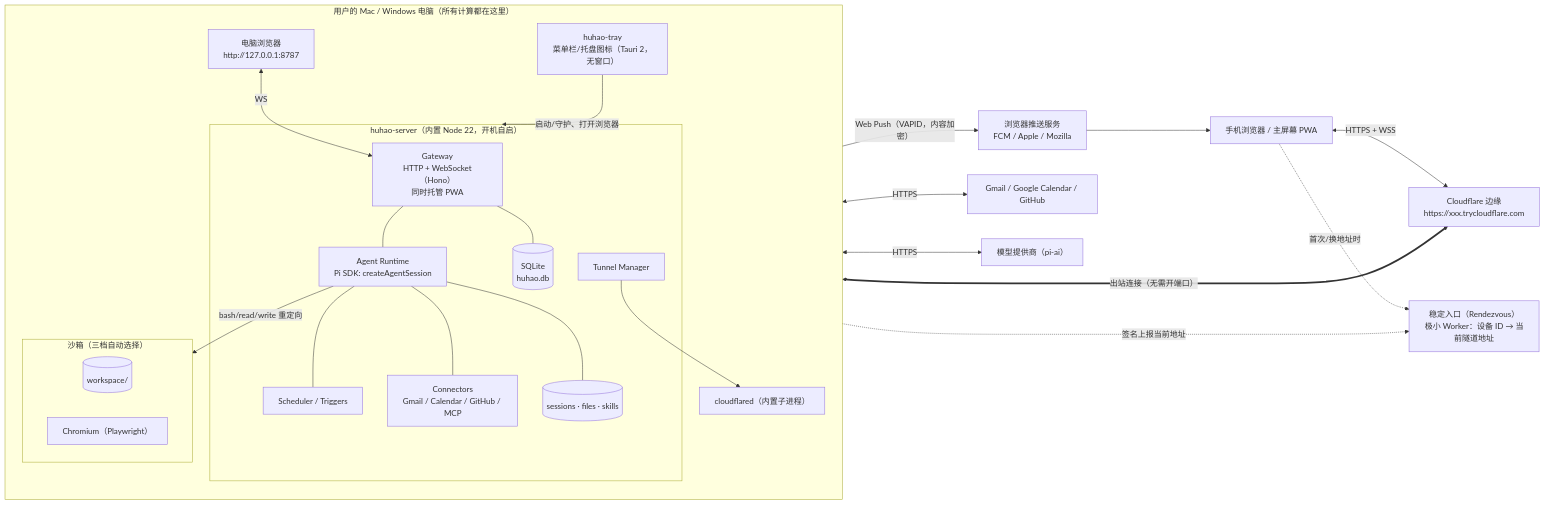
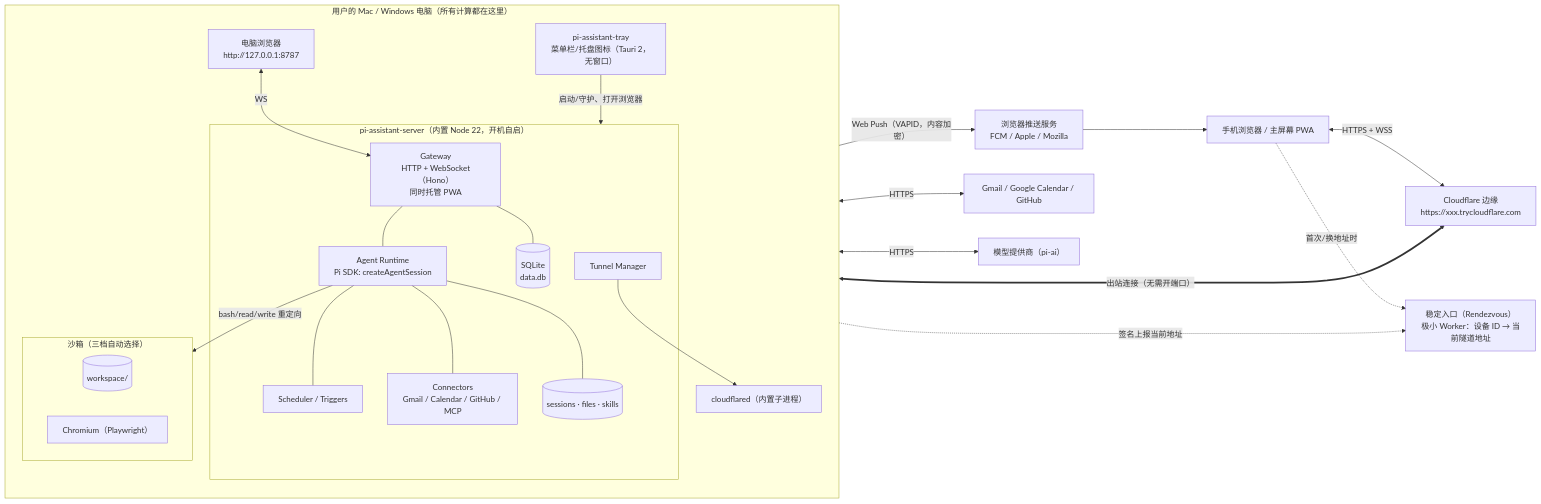
One commit to MyMiMang/pi-assistant changed the first of 3 diagrams in docs/DESIGN.md. Above: the diagram before and after it, drawn with Mermaid. The commit also changed other lines of this file and 68 other files, not shown here.

Commit message:
refactor: 产品名改为中性占位 “Pi Assistant”（packages/shared 唯一定义）；@huhao/* → @pi-assistant/*、HUHAO_* → PIA_*（兼容旧变量）、数据目录/数据库/钥匙串/浏览器存储自动迁移；macOS LaunchAgent 安装脚本 com.piassistant.server

````diff
--- a/docs/DESIGN.md
+++ b/docs/DESIGN.md
@@ -55,36 +55,36 @@
 ```mermaid
 flowchart LR
   subgraph PC["用户的 Mac / Windows 电脑（所有计算都在这里）"]
     direction TB
-    Tray["huhao-tray<br/>菜单栏/托盘图标（Tauri 2，无窗口）"]
-    subgraph Server["huhao-server（内置 Node 22，开机自启）"]
+    Tray["pi-assistant-tray<br/>菜单栏/托盘图标（Tauri 2，无窗口）"]
+    subgraph Server["pi-assistant-server（内置 Node 22，开机自启）"]
       GW["Gateway<br/>HTTP + WebSocket（Hono）<br/>同时托管 PWA"]
       RT["Agent Runtime<br/>Pi SDK: createAgentSession"]
       SCH["Scheduler / Triggers"]
       CON["Connectors<br/>Gmail / Calendar / GitHub / MCP"]
       TUN["Tunnel Manager"]
-      DB[("SQLite<br/>huhao.db")]
+      DB[("SQLite<br/>data.db")]
       FS[("sessions · files · skills")]
     end
     CF["cloudflared（内置子进程）"]
     subgraph SB["沙箱（三档自动选择）"]
       WS[("workspace/")]
       BR["Chromium（Playwright）"]
     end
     Tray -- "启动/守护、打开浏览器" --> Server
     Browser["电脑浏览器<br/>http://127.0.0.1:8787"] <-- WS --> GW
     GW --- RT --- SCH
     RT --- CON
     RT -- "bash/read/write 重定向" --> SB
     GW --- DB
     RT --- FS
     TUN --> CF
   end
   CF <== "出站连接（无需开端口）" ==> Edge["Cloudflare 边缘<br/>https://xxx.trycloudflare.com"]
   Phone["手机浏览器 / 主屏幕 PWA"] <-- "HTTPS + WSS" --> Edge
   Phone -. "首次/换地址时" .-> RV["稳定入口（Rendezvous）<br/>极小 Worker：设备 ID → 当前隧道地址"]
   TUN -. "签名上报当前地址" .-> RV
   GW -- "Web Push（VAPID，内容加密）" --> PS["浏览器推送服务<br/>FCM / Apple / Mozilla"] --> Phone
   CON <-- HTTPS --> Cloud["Gmail / Google Calendar / GitHub"]
   RT <-- HTTPS --> LLM["模型提供商（pi-ai）"]
 ```
````
